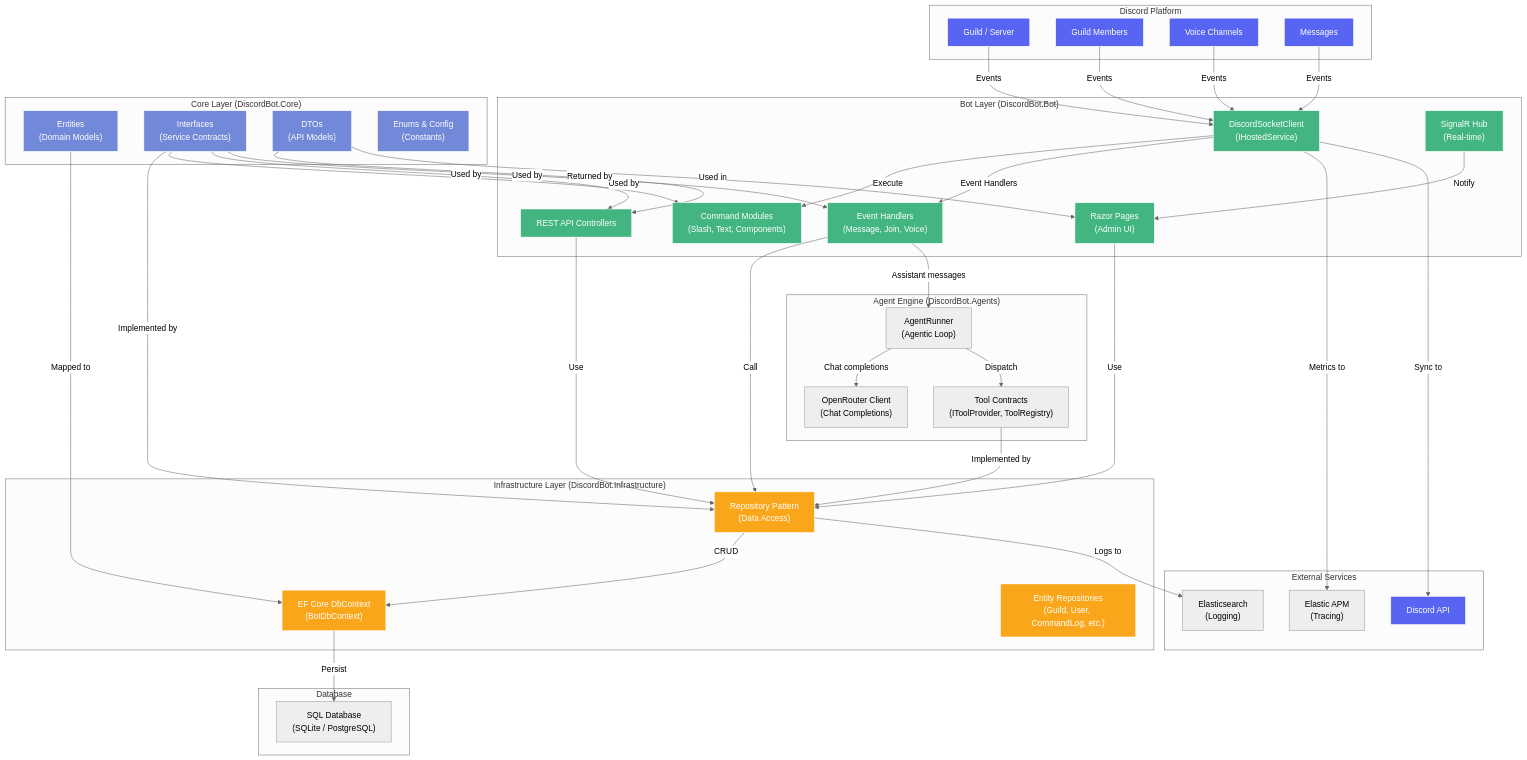
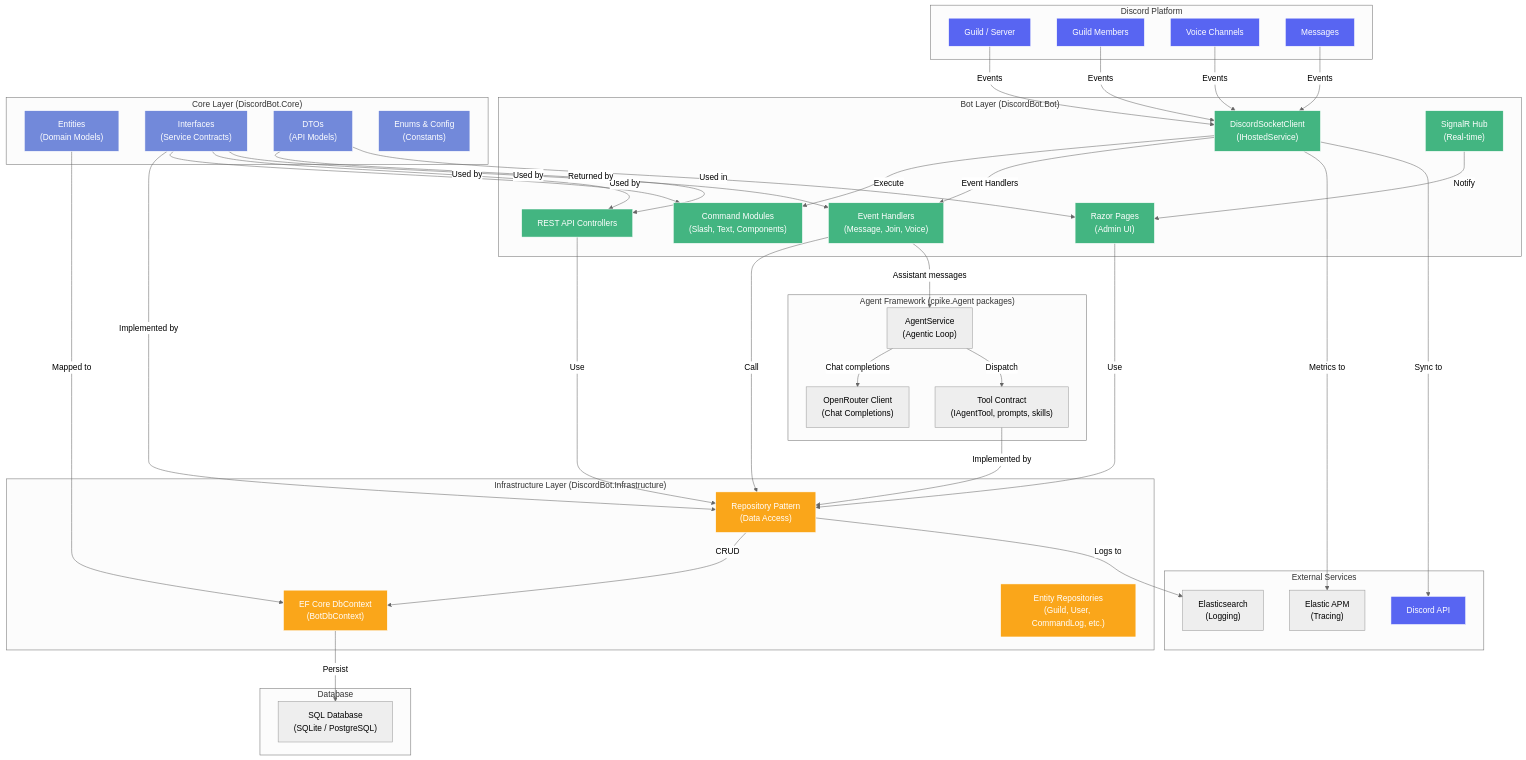
One commit to cpike5/discordbot changed the diagram in docs/architecture/system-overview.md. Above: the diagram before and after it, drawn with Mermaid (neutral theme). The commit also changed other lines of this file and 259 other files, not shown here.

First line of the commit message:
Run the assistant on cpike.Agent and remove DiscordBot.Agents

```diff
--- a/docs/architecture/system-overview.md
+++ b/docs/architecture/system-overview.md
@@ -35,9 +35,9 @@
         REPOS["Entity Repositories<br/>(Guild, User, CommandLog, etc.)"]
     end
 
-    subgraph "Agent Engine (DiscordBot.Agents)"
-        LOOP["AgentRunner<br/>(Agentic Loop)"]
-        TOOLS["Tool Contracts<br/>(IToolProvider, ToolRegistry)"]
+    subgraph "Agent Framework (cpike.Agent packages)"
+        LOOP["AgentService<br/>(Agentic Loop)"]
+        TOOLS["Tool Contract<br/>(IAgentTool, prompts, skills)"]
         LLM["OpenRouter Client<br/>(Chat Completions)"]
     end
 
```
